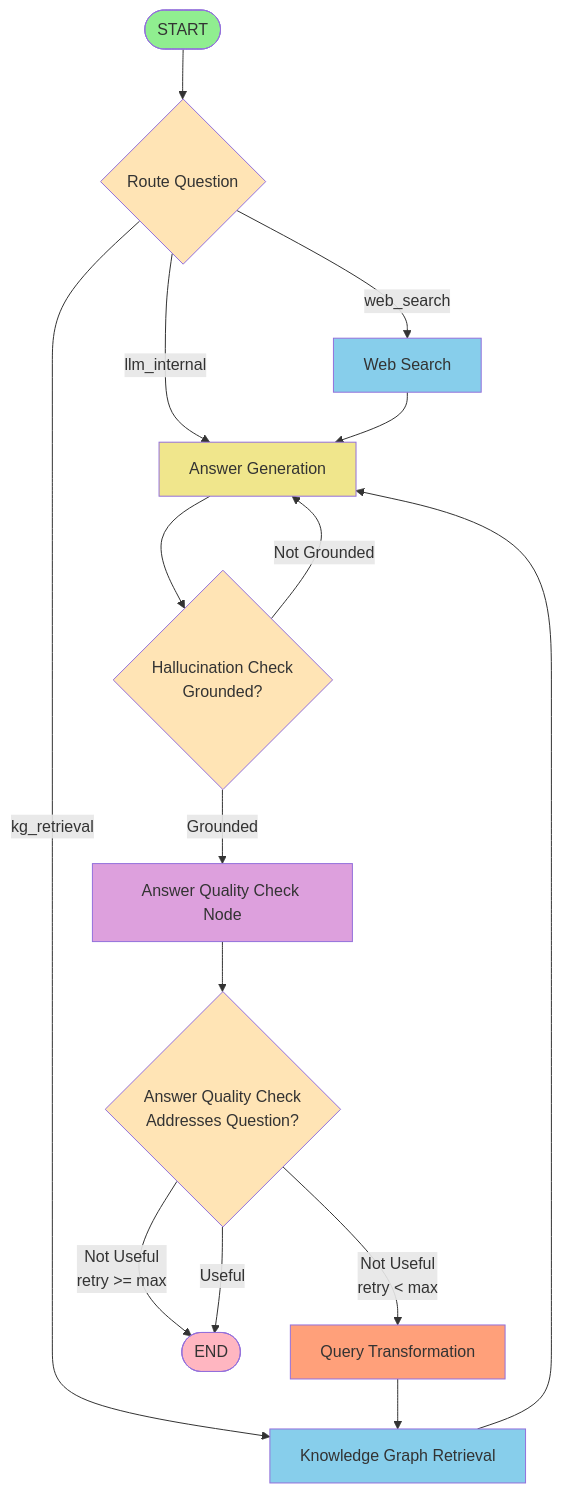
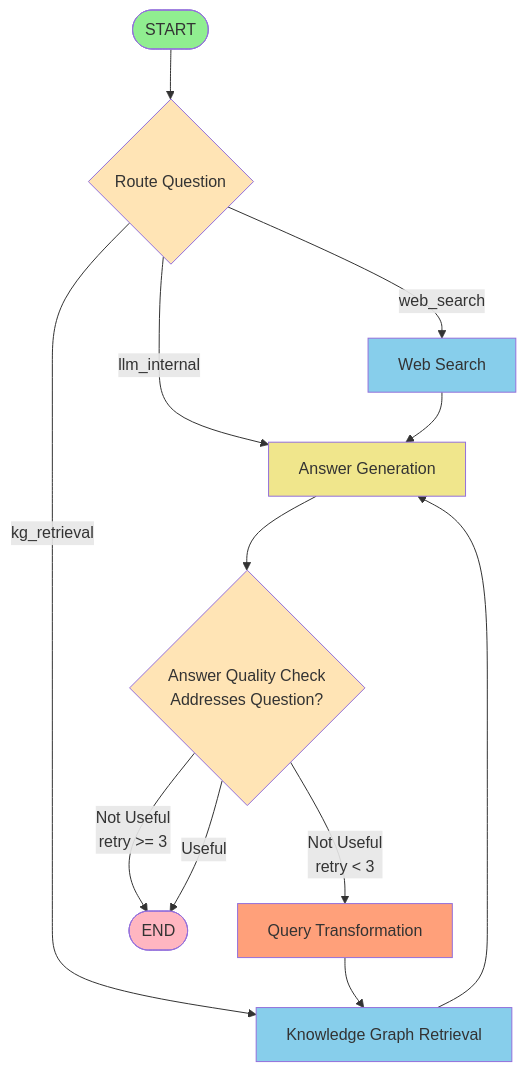
The third of 6 diagrams in docs/workflow_diagram.md (phung-pham-vns/adaptive_graphRAG), drawn with Mermaid before and after one commit. The commit also changed other lines of this file and 13 other files, not shown here.

````diff
--- a/docs/workflow_diagram.md
+++ b/docs/workflow_diagram.md
@@ -51,35 +103,28 @@
 ```mermaid
 flowchart TD
     START([START]) --> RouteQuestion{Route Question}
     
     RouteQuestion -->|web_search| WebSearch[Web Search]
     RouteQuestion -->|kg_retrieval| KGRetrieval[Knowledge Graph Retrieval]
     RouteQuestion -->|llm_internal| AnswerGen[Answer Generation]
     
     WebSearch --> AnswerGen
     KGRetrieval --> AnswerGen
     
-    AnswerGen --> HallucinationCheck{Hallucination Check<br/>Grounded?}
+    AnswerGen --> QualityCheck{Answer Quality Check<br/>Addresses Question?}
     
-    HallucinationCheck -->|Not Grounded| AnswerGen
-    HallucinationCheck -->|Grounded| QualityNode[Answer Quality Check Node]
-    
-    QualityNode --> QualityCheck{Answer Quality Check<br/>Addresses Question?}
-    
-    QualityCheck -->|Not Useful<br/>retry < max| QueryTransform[Query Transformation]
-    QualityCheck -->|Not Useful<br/>retry >= max| END([END])
+    QualityCheck -->|Not Useful<br/>retry < 3| QueryTransform[Query Transformation]
+    QualityCheck -->|Not Useful<br/>retry >= 3| END([END])
     QualityCheck -->|Useful| END
     
     QueryTransform --> KGRetrieval
     
     style START fill:#90EE90
     style END fill:#FFB6C1
     style RouteQuestion fill:#FFE4B5
-    style HallucinationCheck fill:#FFE4B5
     style QualityCheck fill:#FFE4B5
     style WebSearch fill:#87CEEB
     style KGRetrieval fill:#87CEEB
     style AnswerGen fill:#F0E68C
     style QueryTransform fill:#FFA07A
-    style QualityNode fill:#DDA0DD
 ```
````
